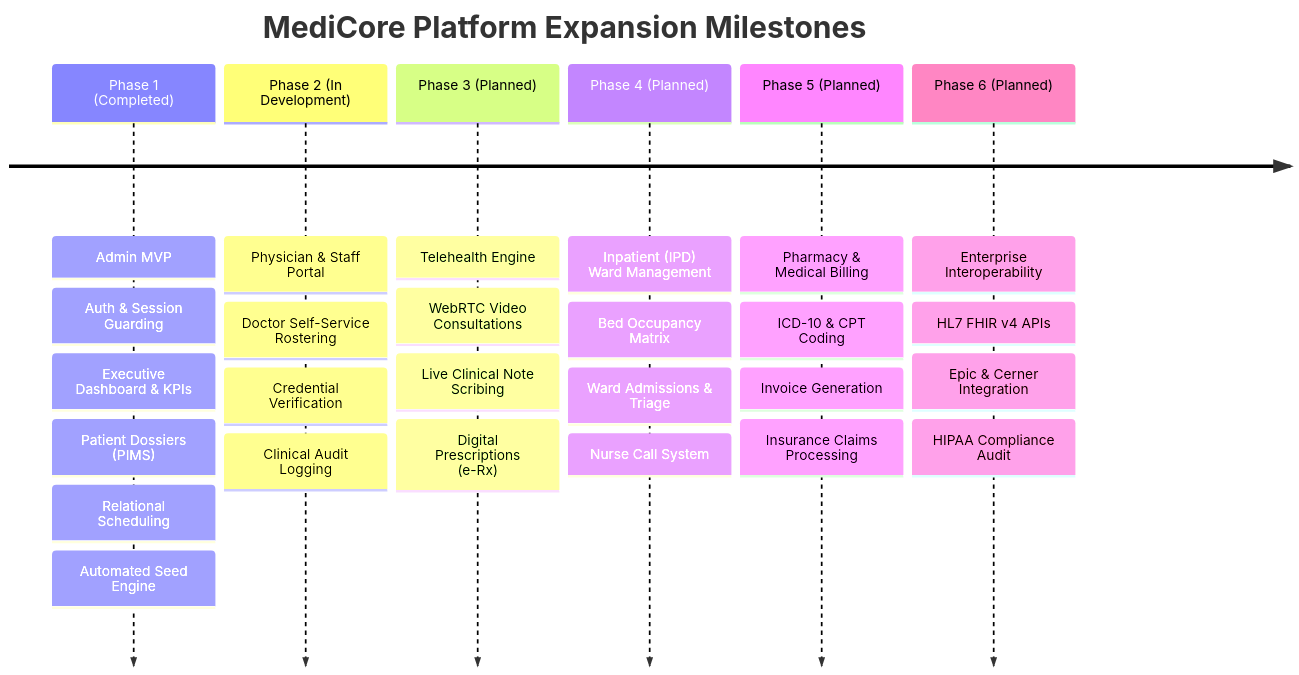
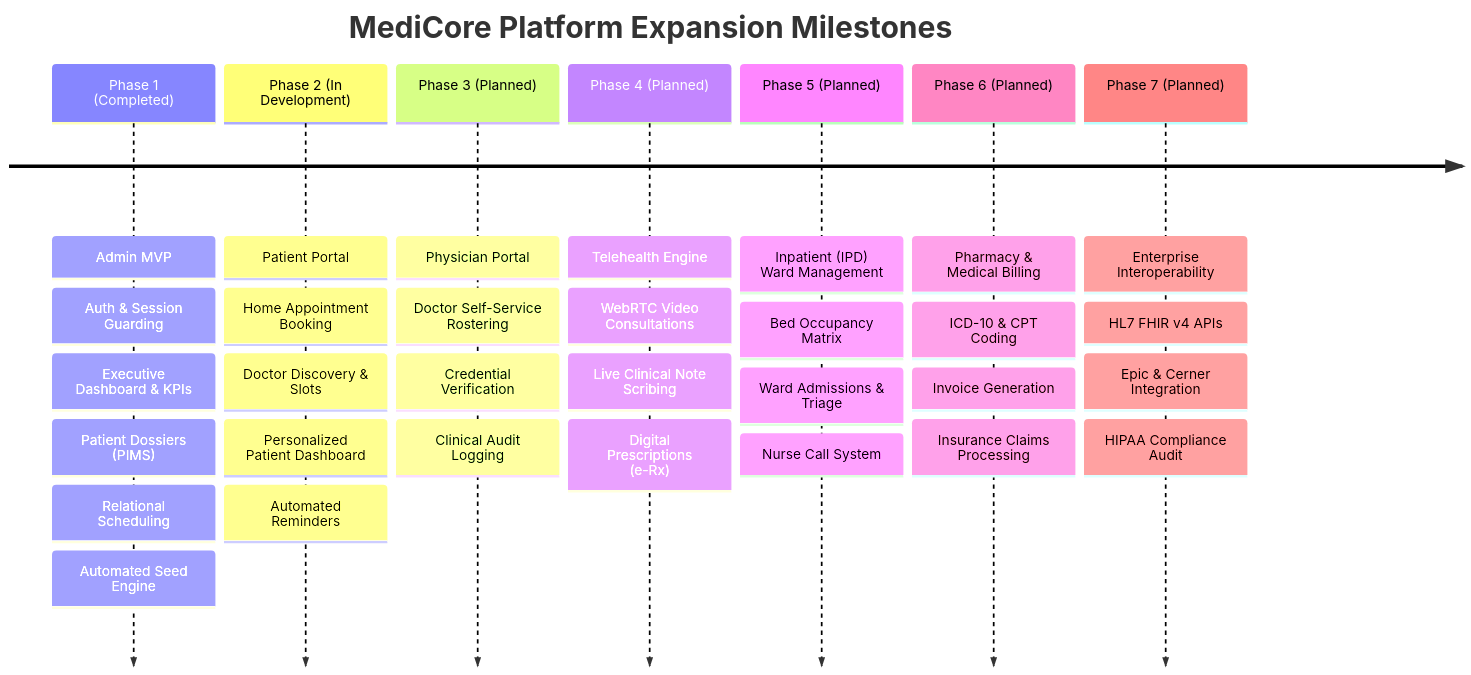
The fifth of 5 diagrams in README.md (manishvenki/MediCore), drawn with Mermaid before and after one commit. The commit also changed other lines of this file, not shown here.

Commit message:
docs: add comprehensive Patient Portal & Online Appointment Booking roadmap with proposed workflow

````diff
--- a/README.md
+++ b/README.md
@@ -856,10 +1042,11 @@
 ```mermaid
 timeline
     title MediCore Platform Expansion Milestones
     Phase 1 (Completed) : Admin MVP : Auth & Session Guarding : Executive Dashboard & KPIs : Patient Dossiers (PIMS) : Relational Scheduling : Automated Seed Engine
-    Phase 2 (In Development) : Physician & Staff Portal : Doctor Self-Service Rostering : Credential Verification : Clinical Audit Logging
-    Phase 3 (Planned) : Telehealth Engine : WebRTC Video Consultations : Live Clinical Note Scribing : Digital Prescriptions (e-Rx)
-    Phase 4 (Planned) : Inpatient (IPD) Ward Management : Bed Occupancy Matrix : Ward Admissions & Triage : Nurse Call System
-    Phase 5 (Planned) : Pharmacy & Medical Billing : ICD-10 & CPT Coding : Invoice Generation : Insurance Claims Processing
-    Phase 6 (Planned) : Enterprise Interoperability : HL7 FHIR v4 APIs : Epic & Cerner Integration : HIPAA Compliance Audit
+    Phase 2 (In Development) : Patient Portal : Home Appointment Booking : Doctor Discovery & Slots : Personalized Patient Dashboard : Automated Reminders
+    Phase 3 (Planned) : Physician Portal : Doctor Self-Service Rostering : Credential Verification : Clinical Audit Logging
+    Phase 4 (Planned) : Telehealth Engine : WebRTC Video Consultations : Live Clinical Note Scribing : Digital Prescriptions (e-Rx)
+    Phase 5 (Planned) : Inpatient (IPD) Ward Management : Bed Occupancy Matrix : Ward Admissions & Triage : Nurse Call System
+    Phase 6 (Planned) : Pharmacy & Medical Billing : ICD-10 & CPT Coding : Invoice Generation : Insurance Claims Processing
+    Phase 7 (Planned) : Enterprise Interoperability : HL7 FHIR v4 APIs : Epic & Cerner Integration : HIPAA Compliance Audit
 ```
````
